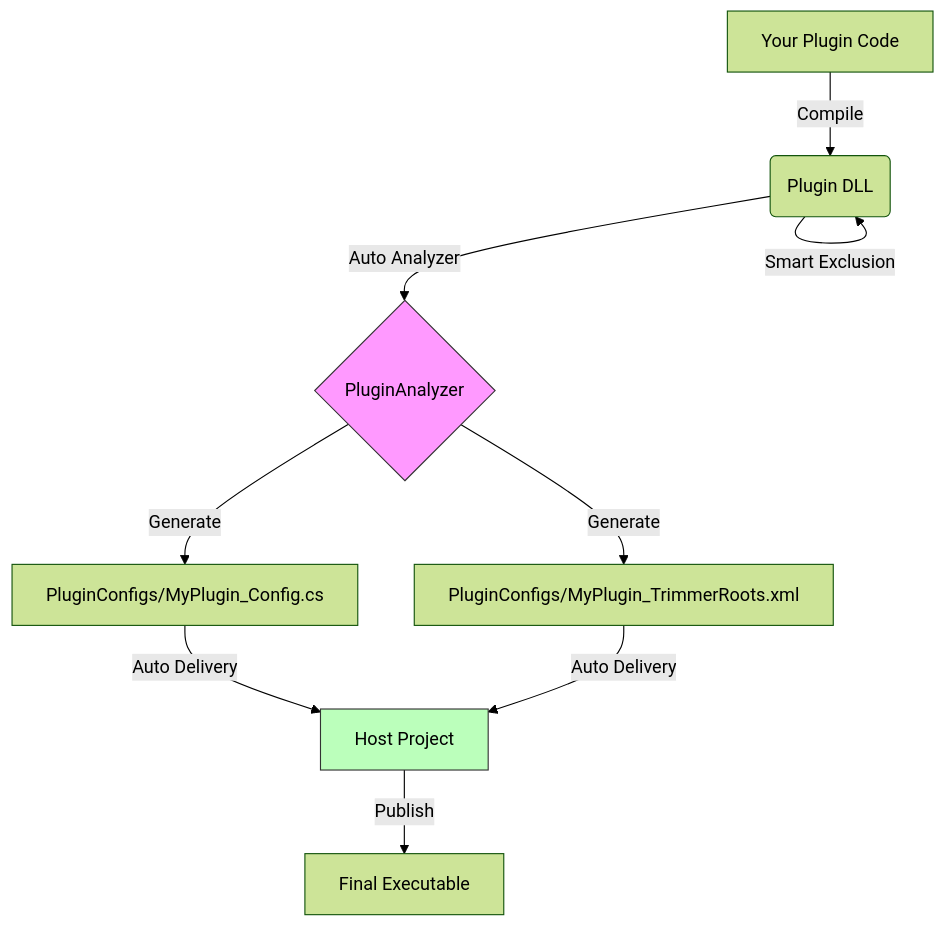
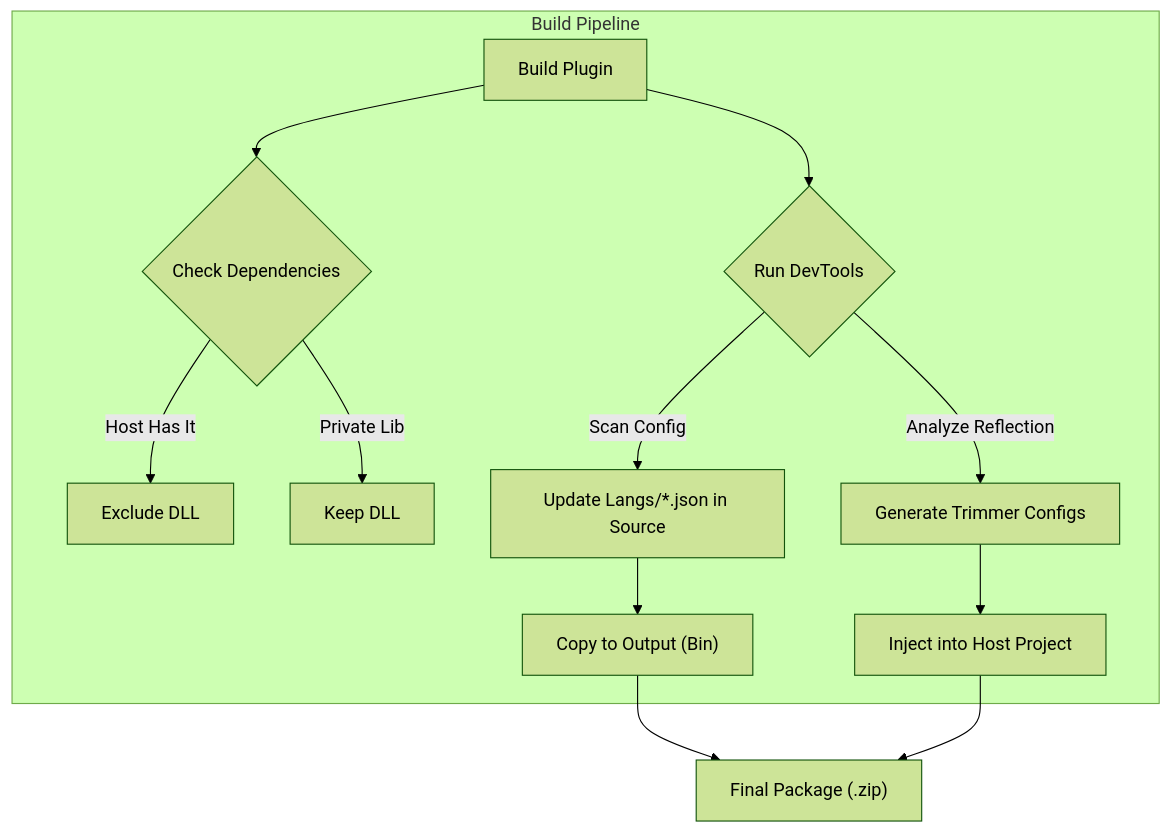
One commit to jayfunc/BetterLyrics changed the diagram in docs/PLUGIN_DEV.md. Above: the diagram before and after it, drawn with Mermaid (forest theme). The commit also changed other lines of this file, not shown here.

First line of the commit message:
Revise BetterLyrics Plugin Development Guide

````diff
--- a/docs/PLUGIN_DEV.md
+++ b/docs/PLUGIN_DEV.md
@@ -154,16 +23,18 @@
 ```mermaid
 graph TD
-    A[Your Plugin Code] -->|Compile| B(Plugin DLL)
-    B -->|Smart Exclusion| B
-    B -->|Auto Analyzer| C{PluginAnalyzer}
-    C -->|Generate| D[PluginConfigs/MyPlugin_Config.cs]
-    C -->|Generate| E[PluginConfigs/MyPlugin_TrimmerRoots.xml]
+    subgraph Build Pipeline
+    A[Build Plugin] --> B{Check Dependencies}
+    B -->|Host Has It| C[Exclude DLL]
+    B -->|Private Lib| D[Keep DLL]
     
-    D -->|Auto Delivery| F[Host Project]
-    E -->|Auto Delivery| F
+    A --> E{Run DevTools}
+    E -->|Scan Config| F["Update Langs/*.json in Source"]
+    E -->|Analyze Reflection| G[Generate Trimmer Configs]
     
-    F -->|Publish| G[Final Executable]
+    F --> H["Copy to Output (Bin)"]
+    G --> I[Inject into Host Project]
+    end
     
-    style C fill:#f9f,stroke:#333
-    style F fill:#bfb,stroke:#333
+    H --> J["Final Package (.zip)"]
+    I --> J
 ```
````
